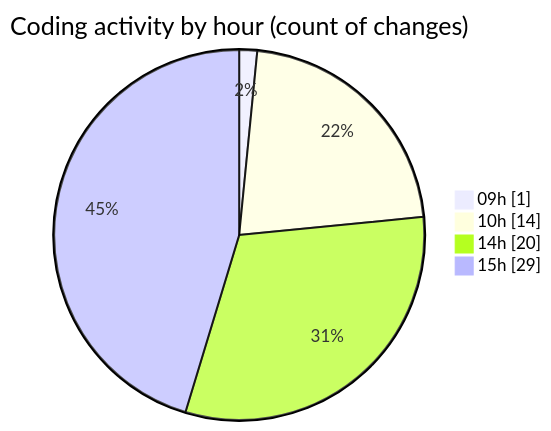
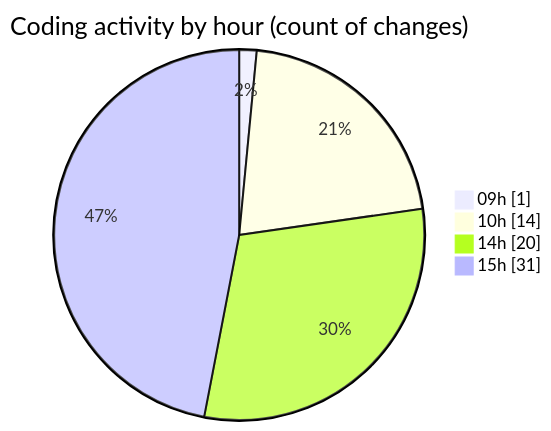
One commit to momahboobian/code-tracking changed the second of 2 diagrams in 2025-11-13/cda/README.md. Above: the diagram before and after it, drawn with Mermaid. The commit also changed other lines of this file and 1 other file, not shown here.

````diff
--- a/2025-11-13/cda/README.md
+++ b/2025-11-13/cda/README.md
@@ -43,8 +43,8 @@
 ```mermaid
 pie showData
 title Coding activity by hour (count of changes)
 "09h" : 1
 "10h" : 14
 "14h" : 20
-"15h" : 29
+"15h" : 31
 ```
````
